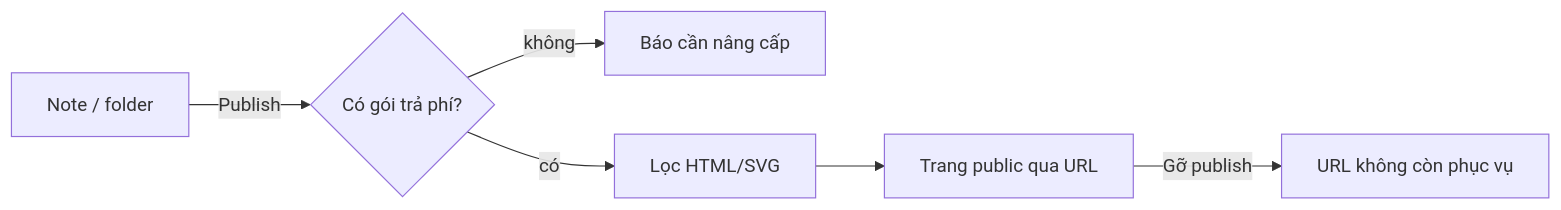
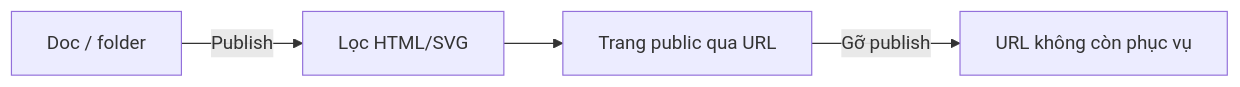
The diagram in docs/frd/FRD-publish.md (ngtrthvu3007/nodus), drawn with Mermaid before and after one commit. The commit also changed other lines of this file and 25 other files, not shown here.

````diff
--- a/docs/frd/FRD-publish.md
+++ b/docs/frd/FRD-publish.md
@@ -37,8 +44,6 @@
 ```mermaid
 flowchart LR
-    Doc[Note / folder] -->|Publish| Check{Có gói trả phí?}
-    Check -- không --> Upsell[Báo cần nâng cấp]
-    Check -- có --> Sanitize[Lọc HTML/SVG]
+    Doc[Doc / folder] -->|Publish| Sanitize[Lọc HTML/SVG]
     Sanitize --> Page[Trang public qua URL]
     Page -->|Gỡ publish| Gone[URL không còn phục vụ]
 ```
````
